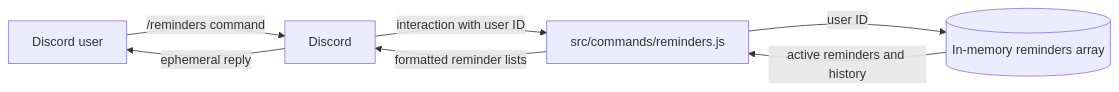
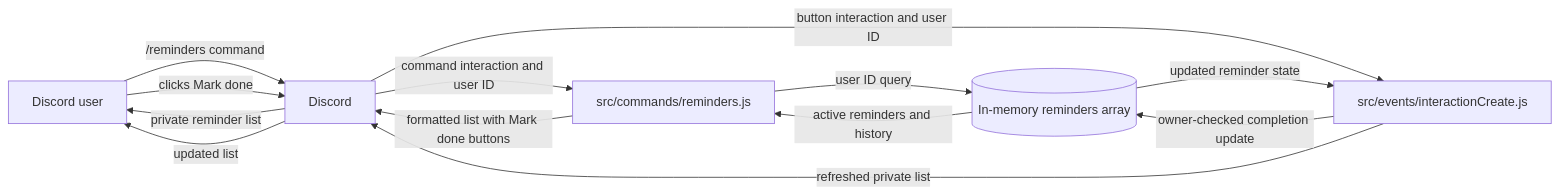
The second of 2 diagrams in ARCHITECTURE.md (CSS360-2026-Au-E/Team1ReminderBot), drawn with Mermaid before and after one commit. The commit also changed other lines of this file and 3 other files, not shown here.

Commit message:
Add done buttons to reminder list

````diff
--- a/ARCHITECTURE.md
+++ b/ARCHITECTURE.md
@@ -33,9 +33,15 @@
 ```mermaid
 flowchart LR
     U[Discord user] -->|/reminders command| D[Discord]
-    D -->|interaction with user ID| C[src/commands/reminders.js]
-    C -->|user ID| S[(In-memory reminders array)]
+    D -->|command interaction and user ID| C[src/commands/reminders.js]
+    C -->|user ID query| S[(In-memory reminders array)]
     S -->|active reminders and history| C
-    C -->|formatted reminder lists| D
-    D -->|ephemeral reply| U
+    C -->|formatted list with Mark done buttons| D
+    D -->|private reminder list| U
+    U -->|clicks Mark done| D
+    D -->|button interaction and user ID| I[src/events/interactionCreate.js]
+    I -->|owner-checked completion update| S
+    S -->|updated reminder state| I
+    I -->|refreshed private list| D
+    D -->|updated list| U
 ```
````
